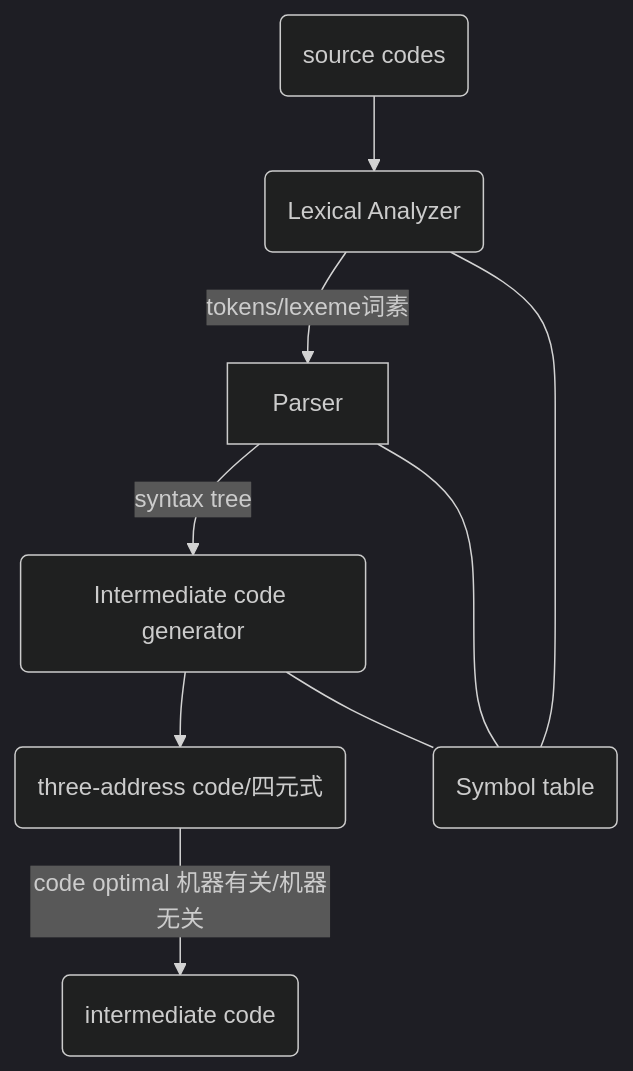
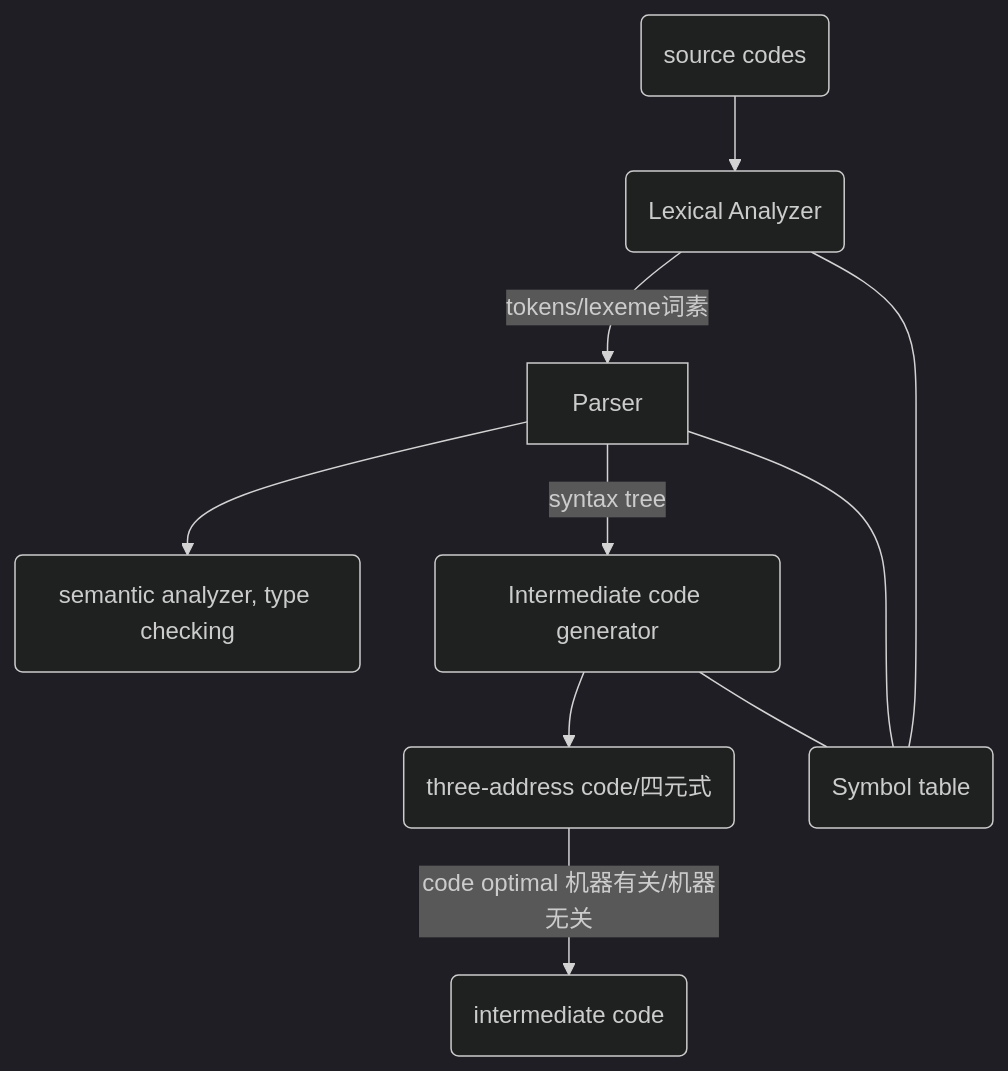
Before and after one commit to DCMMC/Notes: the second of 2 diagrams in 编译原理学习笔记.md, drawn with Mermaid (dark theme).

Commit message:
修改文件: 编译原理学习笔记.md

````diff
--- a/编译原理学习笔记.md
+++ b/编译原理学习笔记.md
@@ -60,11 +60,12 @@
 ```mermaid!
 graph TD;
 	id0(source codes)-->id1(Lexical Analyzer);
 	id1(Lexical Analyzer)-- tokens/lexeme词素 -->Parser;
+	Parser-->id6(semantic analyzer, type checking);
 	Parser-- syntax tree -->id2(Intermediate code generator);
 	id2--> id3(three-address code/四元式);
 	id1---id4(Symbol table);
 	Parser---id4;
 	id2---id4;
 	id3-- code optimal 机器有关/机器无关 --> id5(intermediate code);
 ```
````
